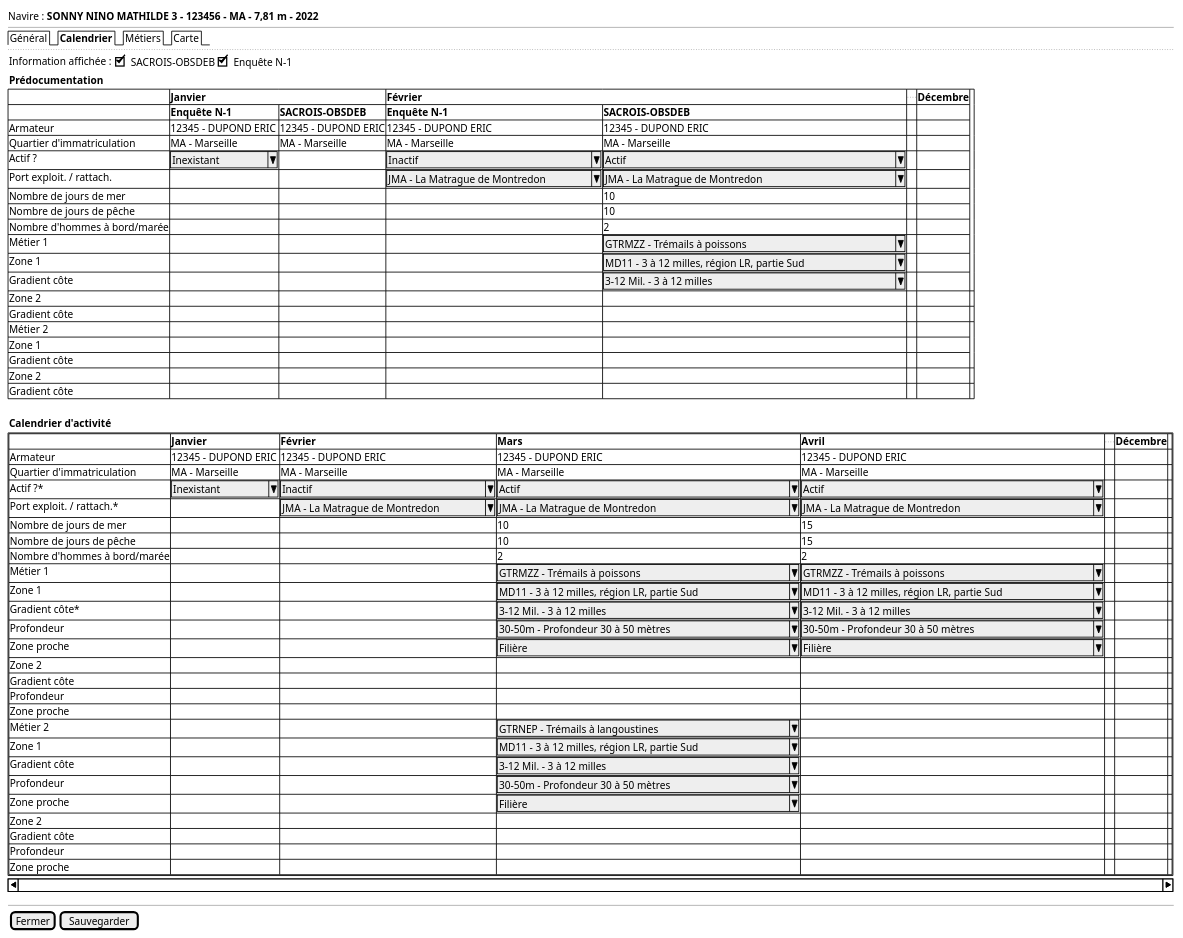
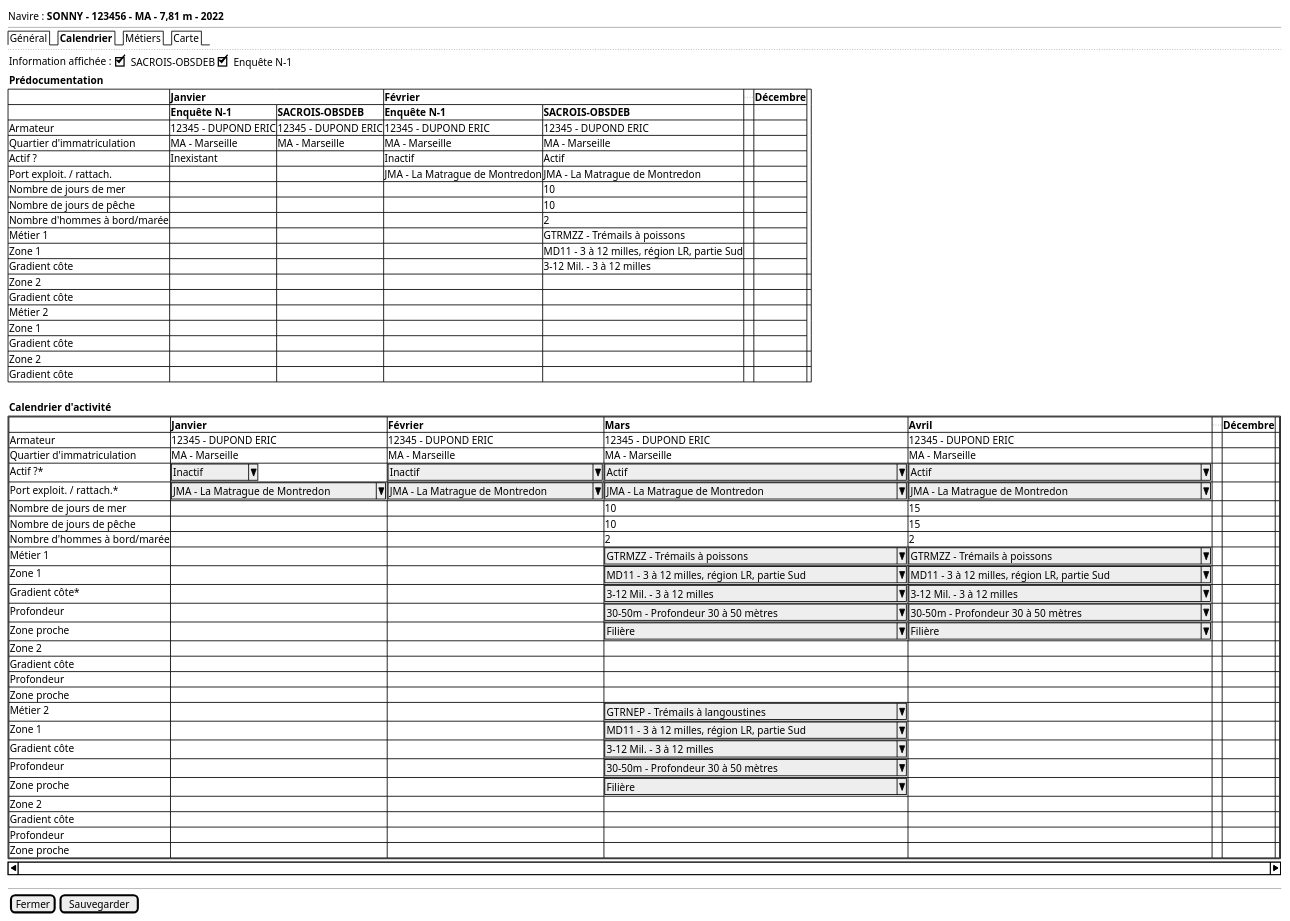
One commit to sumaris-net/sumaris-doc changed the diagram in projects/activity-calendar/spe/images/activity-calendar-new.puml. Above: the diagram before and after it, drawn with PlantUML. The commit also changed 15 other files, not shown here.

```diff
--- a/projects/activity-calendar/spe/images/activity-calendar-new.puml
+++ b/projects/activity-calendar/spe/images/activity-calendar-new.puml
@@ -1,67 +1,67 @@
 @startsalt
 {
-  Navire : <b>SONNY NINO MATHILDE 3 - 123456 - MA - 7,81 m - 2022
+  Navire : <b>SONNY - 123456 - MA - 7,81 m - 2022
   --
   {/ Général | <b>Calendrier | Métiers | Carte}
   ..
 
   {Information affichée :  {[X]SACROIS-OBSDEB | [X]Enquête N-1 }}
   {<b>Prédocumentation}
   	{#
      . | <b>Janvier | * | <b>Février | * | ... | <b>Décembre
      . | <b>Enquête N-1 | <b>SACROIS-OBSDEB | <b>Enquête N-1 | <b>SACROIS-OBSDEB | . | .
      Armateur | 12345 - DUPOND ERIC | 12345 - DUPOND ERIC | 12345 - DUPOND ERIC | 12345 - DUPOND ERIC | . | .
      Quartier d'immatriculation | MA - Marseille | MA - Marseille | MA - Marseille | MA - Marseille | . | .
-     Actif ? | ^Inexistant    ^ | . | ^Inactif                       ^ | ^Actif                                      ^ | . | .
-     Port exploit. / rattach. | . | . | ^JMA - La Matrague de Montredon^| ^JMA - La Matrague de Montredon             ^ | . | .
+     Actif ? | Inexistant | . | Inactif | Actif | . | .
+     Port exploit. / rattach. | . | . | JMA - La Matrague de Montredon | JMA - La Matrague de Montredon | . | .
      Nombre de jours de mer | . | . | . | 10 | . | .
      Nombre de jours de pêche | . | . | . | 10 | . | .
      Nombre d'hommes à bord/marée | . | . | . | 2 | . | .
-     Métier 1 | . | . | .| ^GTRMZZ - Trémails à poissons               ^ | . | .
-     Zone 1 | . | . | .| ^MD11 - 3 à 12 milles, région LR, partie Sud^ | . | .
-     Gradient côte | . | . | .| ^3-12 Mil. - 3 à 12 milles                  ^ | . | .
+     Métier 1 | . | . | .| GTRMZZ - Trémails à poissons | . | .
+     Zone 1 | . | . | .| MD11 - 3 à 12 milles, région LR, partie Sud | . | .
+     Gradient côte | . | . | .| 3-12 Mil. - 3 à 12 milles | . | .
      Zone 2 | . | . | . | . | . | . | .
      Gradient côte | . | . | . | . | . | . | .
      Métier 2 | . | . | . | . | . | .
      Zone 1 | . | . | . | . | . | .
      Gradient côte | . | . | . | . | . | .
      Zone 2 | . | . | . | . | . | . | .
      Gradient côte | . | . | . | . | . | . | .
      }
      .
 
   {<b>Calendrier d'activité}
 	{S-
 	{#
      . | <b>Janvier | <b>Février | <b>Mars | <b>Avril| ... | <b>Décembre
      Armateur | 12345 - DUPOND ERIC | 12345 - DUPOND ERIC | 12345 - DUPOND ERIC | 12345 - DUPOND ERIC | . | . | .
      Quartier d'immatriculation | MA - Marseille | MA - Marseille | MA - Marseille | MA - Marseille | . | . | .
-     Actif ?* | ^Inexistant    ^| ^Inactif                       ^| ^Actif                                      ^ | ^Actif                                      ^| . | . | .
-     Port exploit. / rattach.* | . | ^JMA - La Matrague de Montredon^ | ^JMA - La Matrague de Montredon             ^ | ^JMA - La Matrague de Montredon             ^| . | . | .
+     Actif ?* | ^Inactif    ^| ^Inactif                       ^| ^Actif                                      ^ | ^Actif                                      ^| . | . | .
+     Port exploit. / rattach.* | ^JMA - La Matrague de Montredon^ | ^JMA - La Matrague de Montredon^ | ^JMA - La Matrague de Montredon             ^ | ^JMA - La Matrague de Montredon             ^| . | . | .
      Nombre de jours de mer | . | . | 10 | 15 | . | . | .
      Nombre de jours de pêche | . | . | 10 | 15 | . | . | .
      Nombre d'hommes à bord/marée | . | . | 2 | 2 | . | . | .
      Métier 1 | . | . | ^GTRMZZ - Trémails à poissons               ^ | ^GTRMZZ - Trémails à poissons               ^ | . | . | .
      Zone 1 | . | . | ^MD11 - 3 à 12 milles, région LR, partie Sud^| ^MD11 - 3 à 12 milles, région LR, partie Sud^ | . | . | .
      Gradient côte* | . | . | ^3-12 Mil. - 3 à 12 milles                  ^| ^3-12 Mil. - 3 à 12 milles                  ^ | . | . | .
      Profondeur | . | . | ^30-50m - Profondeur 30 à 50 mètres         ^ | ^30-50m - Profondeur 30 à 50 mètres         ^ | . | . | .
      Zone proche | . | . | ^Filière                                    ^ | ^Filière                                    ^ | . | . | .
      Zone 2 | . | . | . | . | . | .
      Gradient côte | . | . | . | . | . | . | .
      Profondeur | . | . | . | . | . | . | .
      Zone proche | . | . | . | . | . | . | .
      Métier 2 | . | . | ^GTRNEP - Trémails à langoustines           ^ | . | . | . | .
      Zone 1 | . | . | ^MD11 - 3 à 12 milles, région LR, partie Sud^|.| . | . | .
      Gradient côte | . | . | ^3-12 Mil. - 3 à 12 milles                  ^|.| . | . | .
      Profondeur | . | . | ^30-50m - Profondeur 30 à 50 mètres         ^|.| . | . | .
      Zone proche | . | . | ^Filière                                    ^|.| . | . | .
      Zone 2 | . | . | . | . | . | . | .
      Gradient côte | . | . | . | . | . | . | .
      Profondeur | . | . | . | . | . | . | .
      Zone proche | . | . | . | . | . | . | .
     }
     }
   --
   { [Fermer] | [Sauvegarder] }
 }
 @endsalt
```
